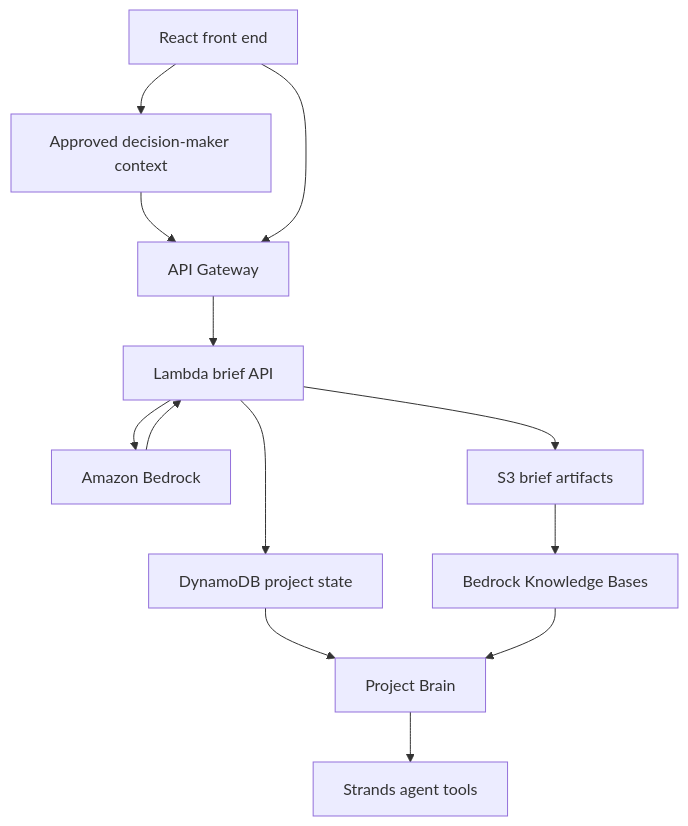
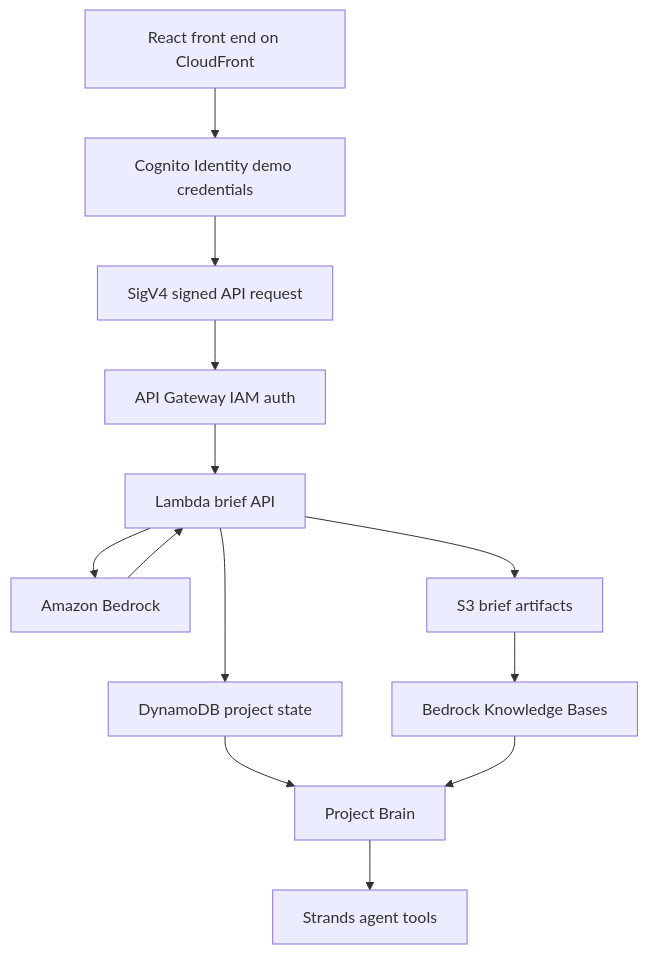
The diagram in docs/aws-architecture.md (aadams35/Pilarprep), drawn with Mermaid before and after one commit. The commit also changed other lines of this file and 16 other files, not shown here.

Commit message:
Add IAM-authenticated AWS demo path

````diff
--- a/docs/aws-architecture.md
+++ b/docs/aws-architecture.md
@@ -5,15 +5,15 @@
 ```mermaid
 flowchart TD
-  A[React front end] --> A1[Approved decision-maker context]
-  A1 --> B[API Gateway]
-  A --> B
-  B --> C[Lambda brief API]
-  C --> D[Amazon Bedrock]
-  D --> C
-  C --> E[S3 brief artifacts]
-  C --> F[DynamoDB project state]
-  E --> G[Bedrock Knowledge Bases]
-  F --> H[Project Brain]
-  G --> H
-  H --> I[Strands agent tools]
+  A[React front end on CloudFront] --> B[Cognito Identity demo credentials]
+  B --> C[SigV4 signed API request]
+  C --> D[API Gateway IAM auth]
+  D --> E[Lambda brief API]
+  E --> F[Amazon Bedrock]
+  F --> E
+  E --> G[S3 brief artifacts]
+  E --> H[DynamoDB project state]
+  G --> I[Bedrock Knowledge Bases]
+  H --> J[Project Brain]
+  I --> J
+  J --> K[Strands agent tools]
 ```
````
